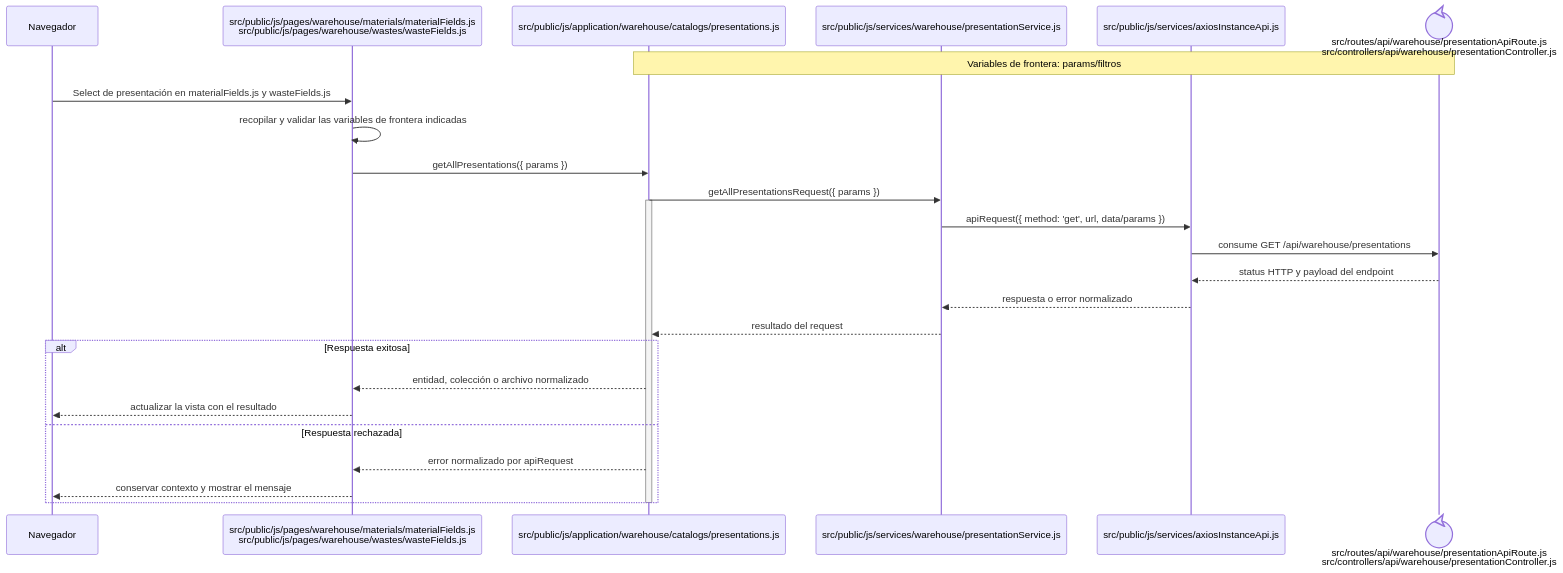
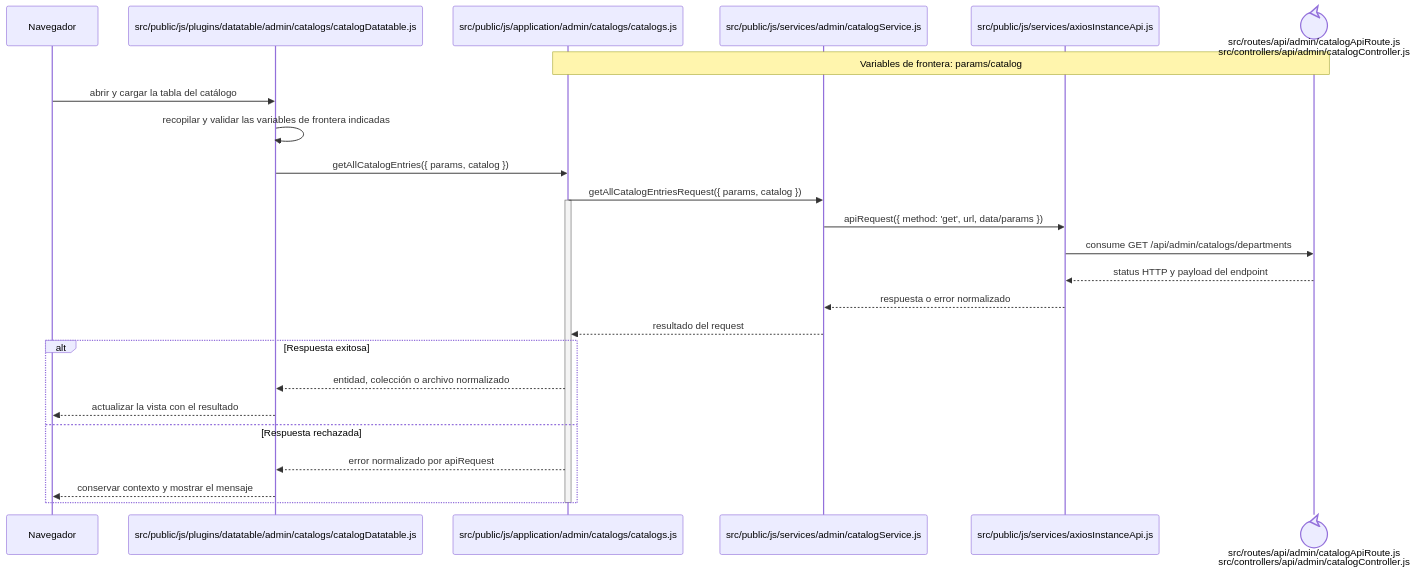
Before and after one commit to gpgsistemas01/nexus: the diagram in docs/architecture/frontend-code-sequences/catalogs/cu-cat-27.md, drawn with Mermaid. The commit also changed other lines of this file and 126 other files, not shown here.

````diff
--- a/docs/architecture/frontend-code-sequences/catalogs/cu-cat-27.md
+++ b/docs/architecture/frontend-code-sequences/catalogs/cu-cat-27.md
@@ -6,29 +6,29 @@
 ```mermaid
 sequenceDiagram
     participant Browser as Navegador
-    participant View as src/public/js/pages/warehouse/materials/materialFields.js<br/>src/public/js/pages/warehouse/wastes/wasteFields.js
-    participant Application as src/public/js/application/warehouse/catalogs/presentations.js
-    participant Request as src/public/js/services/warehouse/presentationService.js
+    participant View as src/public/js/plugins/datatable/admin/catalogs/catalogDatatable.js
+    participant Application as src/public/js/application/admin/catalogs/catalogs.js
+    participant Request as src/public/js/services/admin/catalogService.js
     participant HTTP as src/public/js/services/axiosInstanceApi.js
-    participant Transport@{ "type": "control" } as src/routes/api/warehouse/presentationApiRoute.js<br/>src/controllers/api/warehouse/presentationController.js
-    Note over Application,Transport: Variables de frontera: params/filtros
+    participant Transport@{ "type": "control" } as src/routes/api/admin/catalogApiRoute.js<br/>src/controllers/api/admin/catalogController.js
+    Note over Application,Transport: Variables de frontera: params/catalog
 
-    Browser->>View: Select de presentación en materialFields.js y wasteFields.js
+    Browser->>View: abrir y cargar la tabla del catálogo
     View->>View: recopilar y validar las variables de frontera indicadas
-    View->>Application: getAllPresentations({ params })
-    Application->>Request: getAllPresentationsRequest({ params })
+    View->>Application: getAllCatalogEntries({ params, catalog })
+    Application->>Request: getAllCatalogEntriesRequest({ params, catalog })
     activate Application
     Request->>HTTP: apiRequest({ method: 'get', url, data/params })
-    HTTP->>Transport: consume GET /api/warehouse/presentations
+    HTTP->>Transport: consume GET /api/admin/catalogs/departments
     Transport-->>HTTP: status HTTP y payload del endpoint
     HTTP-->>Request: respuesta o error normalizado
     Request-->>Application: resultado del request
     alt Respuesta exitosa
         Application-->>View: entidad, colección o archivo normalizado
         View-->>Browser: actualizar la vista con el resultado
     else Respuesta rechazada
         Application-->>View: error normalizado por apiRequest
         View-->>Browser: conservar contexto y mostrar el mensaje
     end
     deactivate Application
 ```
````
